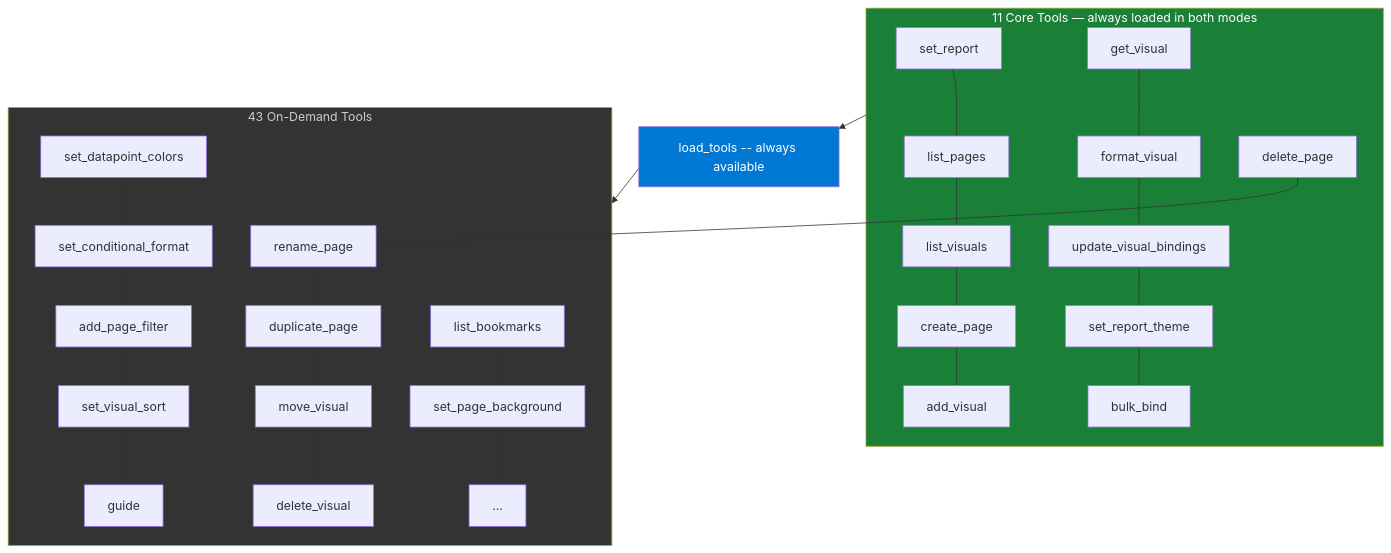
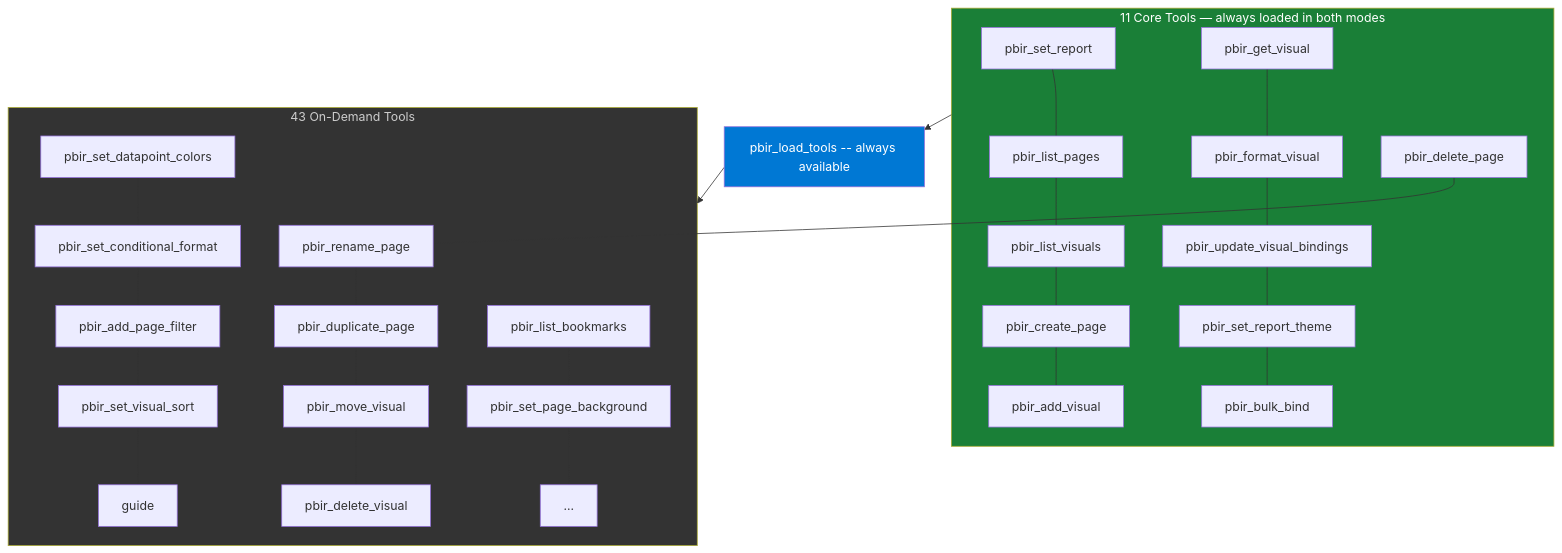
The second of 3 diagrams in README.md (Edgargm87/powerbi-report-mcp), drawn with Mermaid before and after one commit. The commit also changed other lines of this file and 88 other files, not shown here.

````diff
--- a/README.md
+++ b/README.md
@@ -163,22 +163,22 @@
 ```mermaid
 graph TD
     subgraph DEFAULT["11 Core Tools — always loaded in both modes"]
-        A1[set_report] --- A2[list_pages] --- A3[list_visuals] --- A4[create_page] --- A5[add_visual]
-        B1[get_visual] --- B2[format_visual] --- B3[update_visual_bindings] --- B4[set_report_theme] --- B5[bulk_bind]
-        C1[model_usage]
+        A1[pbir_set_report] --- A2[pbir_list_pages] --- A3[pbir_list_visuals] --- A4[pbir_create_page] --- A5[pbir_add_visual]
+        B1[pbir_get_visual] --- B2[pbir_format_visual] --- B3[pbir_update_visual_bindings] --- B4[pbir_set_report_theme] --- B5[pbir_bulk_bind]
+        C1[pbir_model_usage]
     end
 
-    LT[load_tools -- always available]
+    LT[pbir_load_tools -- always available]
 
     subgraph ONDEMAND["43 On-Demand Tools"]
-        C1[delete_page] --- C2[rename_page] --- C3[duplicate_page] --- C4[move_visual] --- C5[delete_visual]
-        D1[set_datapoint_colors] --- D2[set_conditional_format] --- D3[add_page_filter] --- D4[set_visual_sort] --- D5[guide]
-        E1[list_bookmarks] --- E2[set_page_background] --- E3[...]
+        C1[pbir_delete_page] --- C2[pbir_rename_page] --- C3[pbir_duplicate_page] --- C4[pbir_move_visual] --- C5[pbir_delete_visual]
+        D1[pbir_set_datapoint_colors] --- D2[pbir_set_conditional_format] --- D3[pbir_add_page_filter] --- D4[pbir_set_visual_sort] --- D5[guide]
+        E1[pbir_list_bookmarks] --- E2[pbir_set_page_background] --- E3[...]
     end
 
     DEFAULT --> LT --> ONDEMAND
 
     style DEFAULT fill:#1a7f37,color:#fff
     style ONDEMAND fill:#333,color:#ccc
     style LT fill:#0078D4,color:#fff
 ```
````
